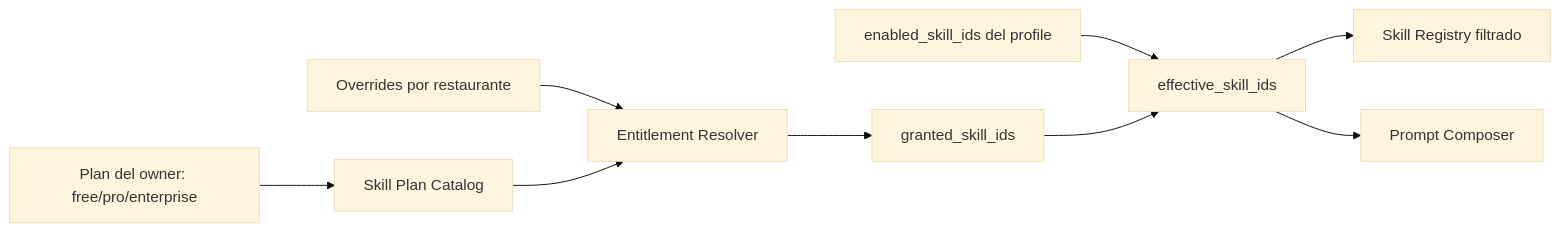
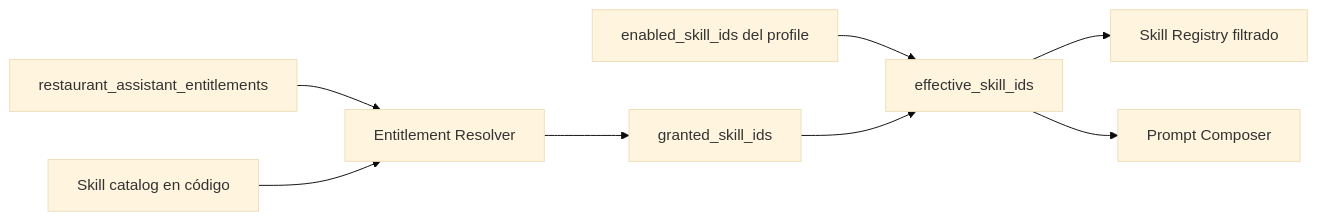
The third of 8 diagrams in docs/superpowers/specs/2026-06-27-agentic-assistant-design.es.md (coderTtxi12/venddelo-ai), drawn with Mermaid (base theme) before and after one commit. The commit also changed other lines of this file, not shown here.

First line of the commit message:
docs: update Spanish agentic assistant design for tenant entitlements

````diff
--- a/docs/superpowers/specs/2026-06-27-agentic-assistant-design.es.md
+++ b/docs/superpowers/specs/2026-06-27-agentic-assistant-design.es.md
@@ -458,11 +458,10 @@
 ```mermaid
 flowchart LR
-    Plan[Plan del owner: free/pro/enterprise] --> Catalog[Skill Plan Catalog]
-    Overrides[Overrides por restaurante] --> Resolver[Entitlement Resolver]
-    Catalog --> Resolver
+    Entitlements[restaurant_assistant_entitlements] --> Resolver[Entitlement Resolver]
+    Catalog[Skill catalog en código] --> Resolver
     Resolver --> Granted[granted_skill_ids]
     Enabled[enabled_skill_ids del profile] --> Effective[effective_skill_ids]
     Granted --> Effective
     Effective --> Registry[Skill Registry filtrado]
     Effective --> Prompt[Prompt Composer]
 ```
````
